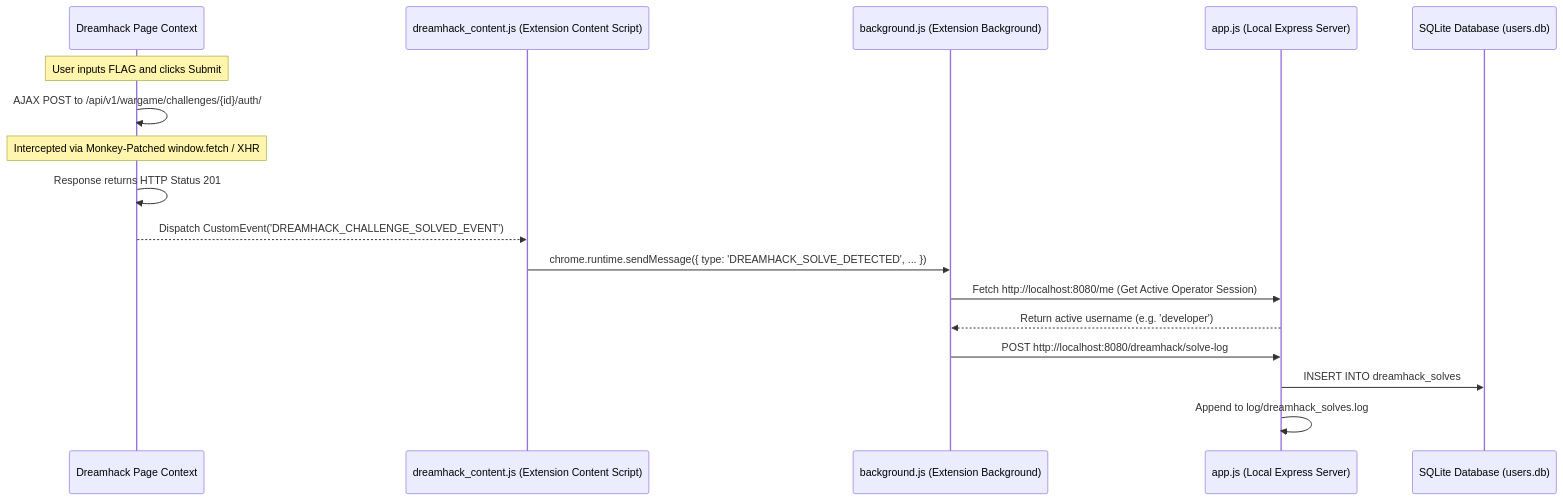
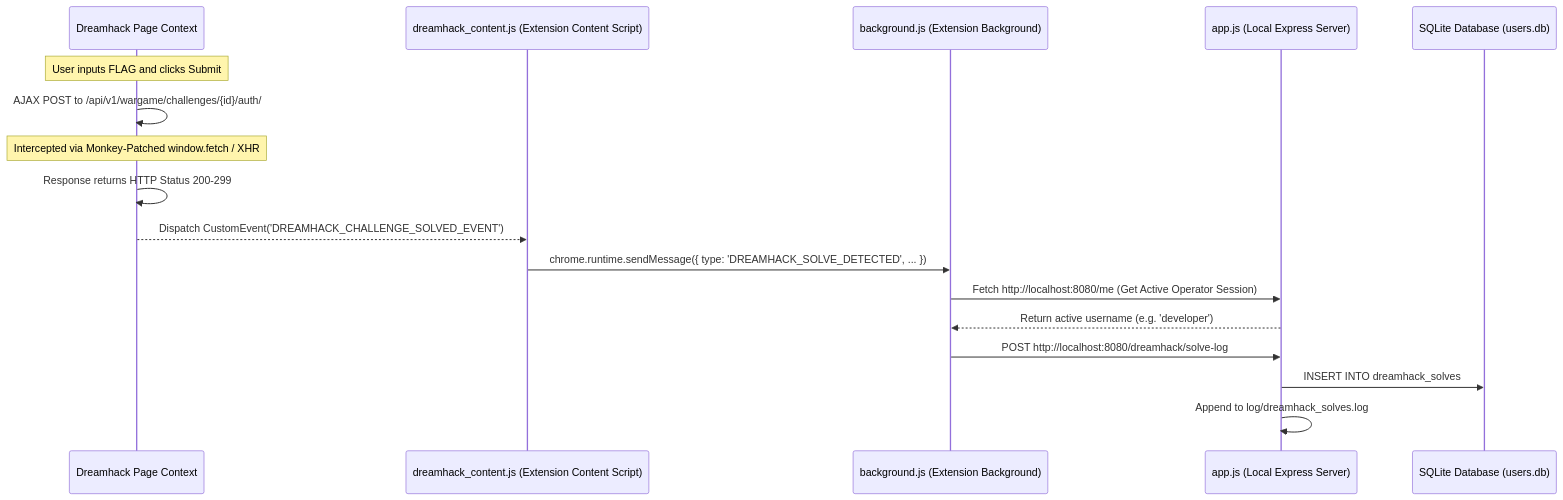
The diagram in ARCHITECTURE.md (jaewooli/SII-homepage), drawn with Mermaid before and after one commit. The commit also changed other lines of this file and 2 other files, not shown here.

Commit message:
Support 2xx status code range and use regex matching for wargame auth URLs

````diff
--- a/ARCHITECTURE.md
+++ b/ARCHITECTURE.md
@@ -20,20 +20,20 @@
 ```mermaid
 sequenceDiagram
     participant DH as Dreamhack Page Context
     participant CS as dreamhack_content.js (Extension Content Script)
     participant BG as background.js (Extension Background)
     participant SRV as app.js (Local Express Server)
     participant DB as SQLite Database (users.db)
 
     Note over DH: User inputs FLAG and clicks Submit
     DH->>DH: AJAX POST to /api/v1/wargame/challenges/{id}/auth/
     Note over DH: Intercepted via Monkey-Patched window.fetch / XHR
-    DH->>DH: Response returns HTTP Status 201
+    DH->>DH: Response returns HTTP Status 200-299
     DH-->>CS: Dispatch CustomEvent('DREAMHACK_CHALLENGE_SOLVED_EVENT')
     CS->>BG: chrome.runtime.sendMessage({ type: 'DREAMHACK_SOLVE_DETECTED', ... })
     BG->>SRV: Fetch http://localhost:8080/me (Get Active Operator Session)
     SRV-->>BG: Return active username (e.g. 'developer')
     BG->>SRV: POST http://localhost:8080/dreamhack/solve-log
     SRV->>DB: INSERT INTO dreamhack_solves
     SRV->>SRV: Append to log/dreamhack_solves.log
 ```
````
